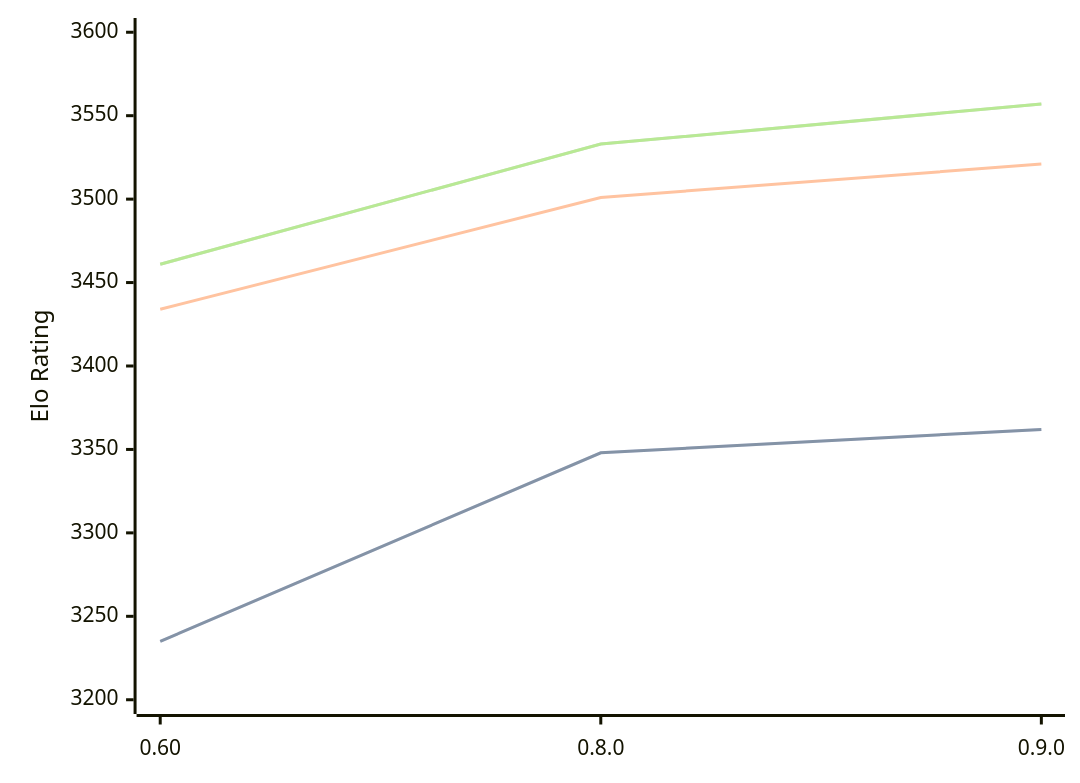
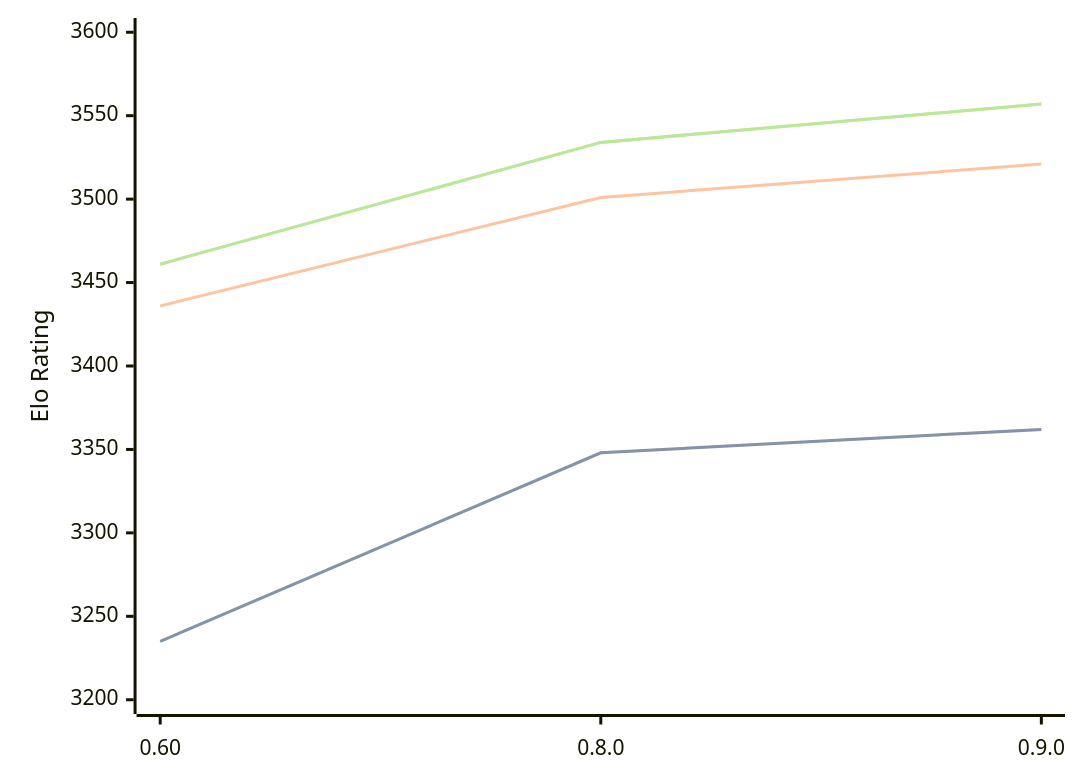
Before and after one commit to computer-chess-index/cci: the diagram in engines/Motor.md, drawn with Mermaid. The commit also changed other lines of this file, not shown here.

Commit message:
Update CCI Ratings (ELO VLTC) - 2026-04-05

````diff
--- a/engines/Motor.md
+++ b/engines/Motor.md
@@ -39,11 +39,11 @@
 ```mermaid
 %%{init: {"theme":"base","themeVariables":{"seriesColors:['#a3a3a3','#222221','#faa371']}}}%%
 xychart-beta
   x-axis ["0.60", "0.8.0", "0.9.0"]
   y-axis "Elo Rating" 3200 --> 3600
   line "STC (8.0+0.08s)" [3235, 3348, 3362]
   line "STC (8.0+0.08s)" [3235, 3348, 3362]
-  line "LTC (60.0+0.60s)" [3434, 3501, 3521]
-  line "VLTC (2m24s+1.12s)" [3461, 3533, 3557]
-  line "VLTC (2m24s+1.12s)" [3461, 3533, 3557]
+  line "LTC (60.0+0.60s)" [3436, 3501, 3521]
+  line "VLTC (2m24s+1.12s)" [3461, 3534, 3557]
+  line "VLTC (2m24s+1.12s)" [3461, 3534, 3557]
 ```
````
